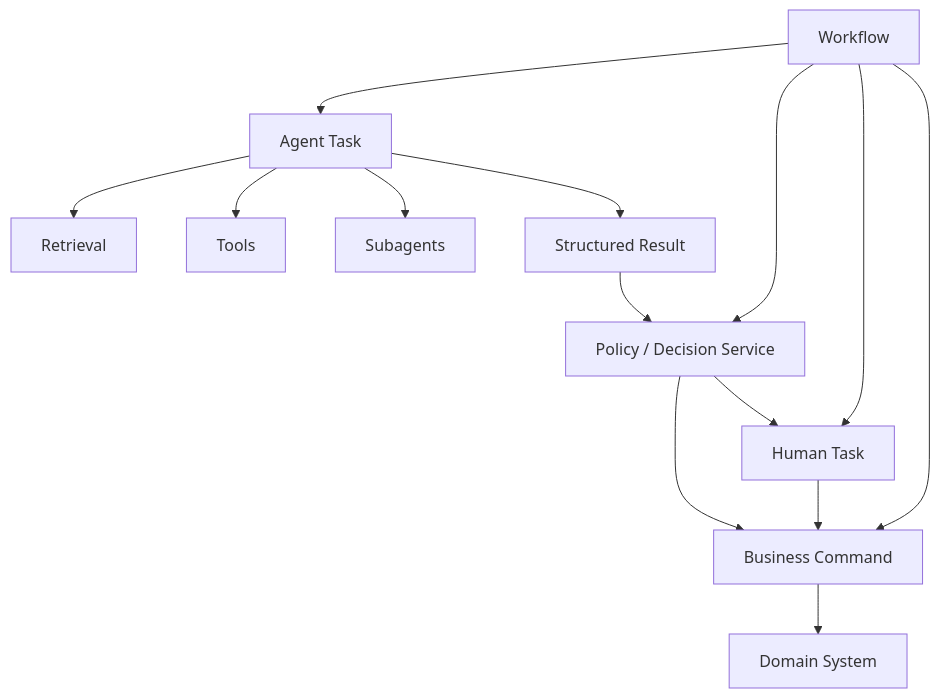
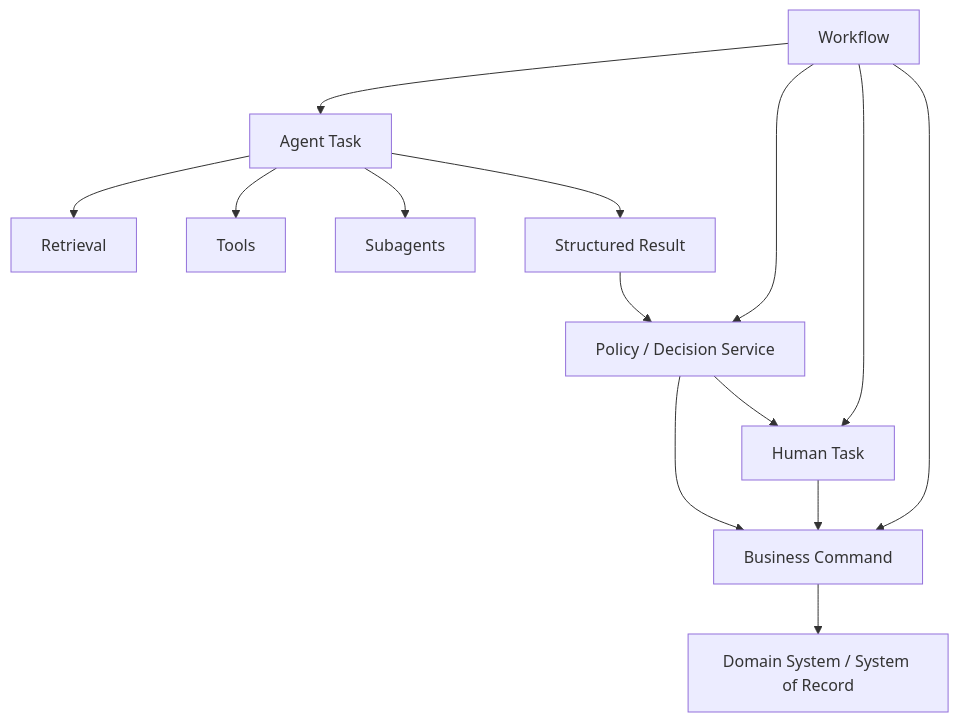
Before and after one commit to saga/copilot-server-agent: the first of 3 diagrams in docs/研究文章/workflow 和 ai agent的decision tree.md, drawn with Mermaid. The commit also changed other lines of this file, not shown here.

````diff
--- a/docs/研究文章/workflow 和 ai agent的decision tree.md
+++ b/docs/研究文章/workflow 和 ai agent的decision tree.md
@@ -538,23 +1522,23 @@
 ```mermaid
 flowchart TB
 
     W[Workflow]
 
     W --> P[Policy / Decision Service]
     W --> A[Agent Task]
     W --> H[Human Task]
     W --> C[Business Command]
 
     A --> R[Retrieval]
     A --> T[Tools]
     A --> S[Subagents]
 
     A --> V[Structured Result]
 
     V --> P
     P --> H
     H --> C
     P --> C
 
-    C --> D[Domain System]
+    C --> D[Domain System / System of Record]
 ```
````
